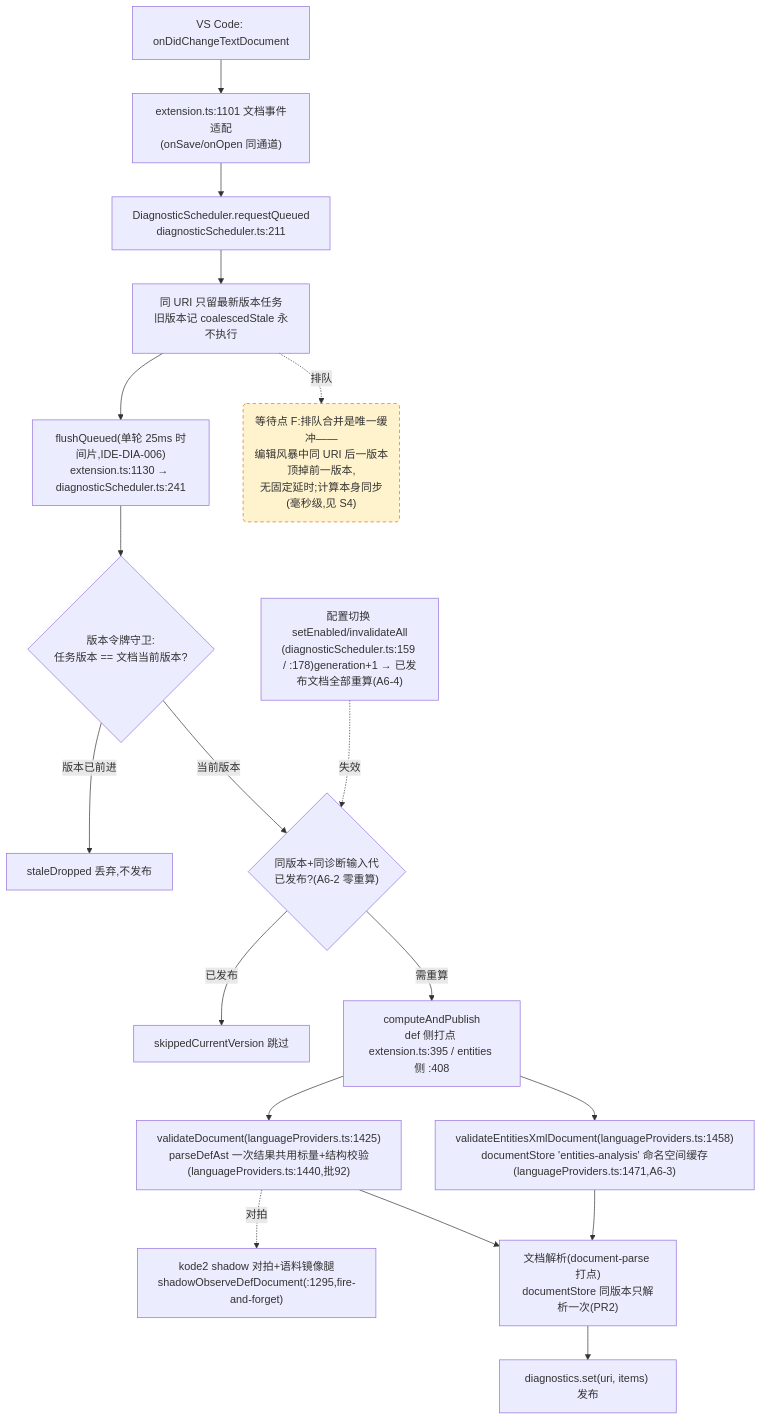
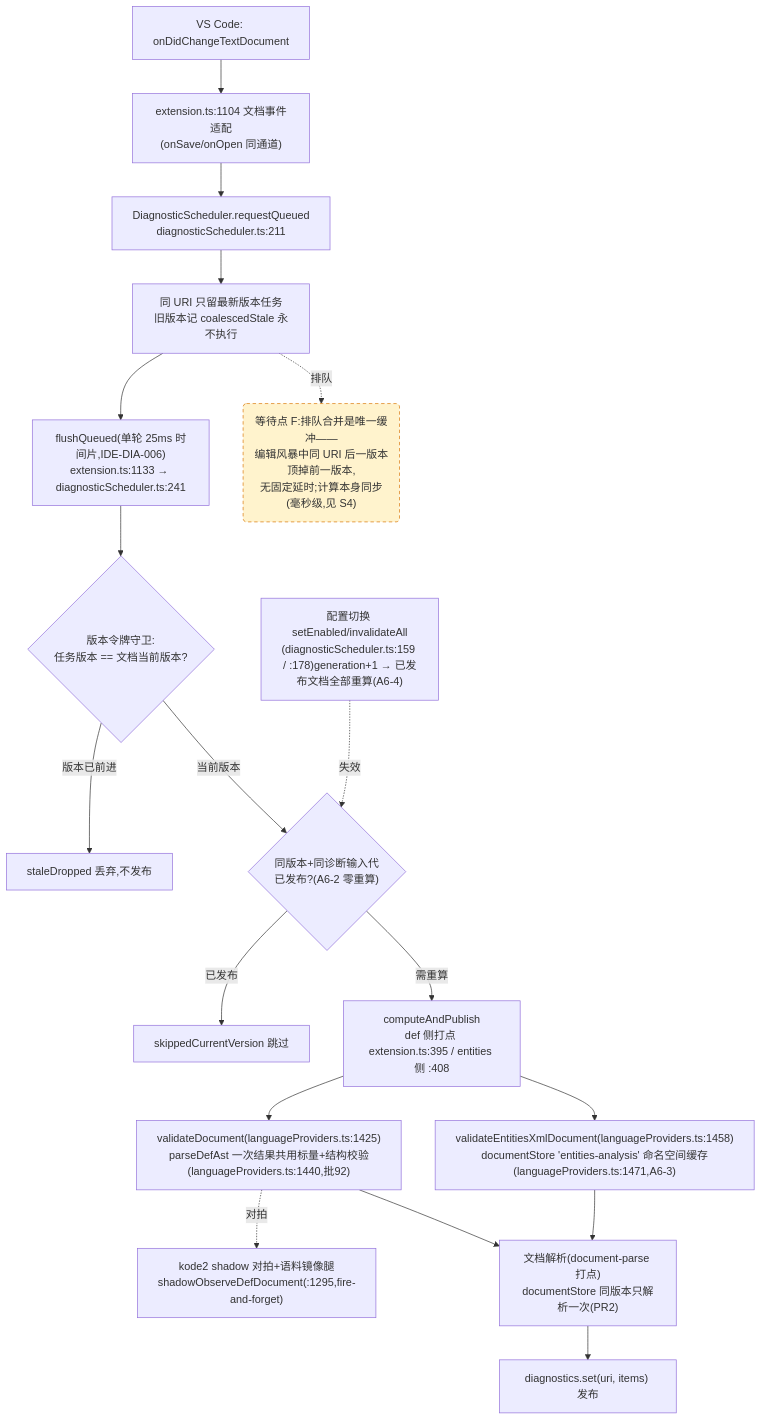
One commit to cuihairu/kode changed the fourth of 4 diagrams in docs/perf/2026-baseline.md. Above: the diagram before and after it, drawn with Mermaid. The commit also changed other lines of this file and 8 other files, not shown here.

````diff
--- a/docs/perf/2026-baseline.md
+++ b/docs/perf/2026-baseline.md
@@ -214,38 +214,38 @@
 ```mermaid
 flowchart TD
   CHG["VS Code: onDidChangeTextDocument"]
-  WATCH["extension.ts:1101 文档事件适配<br/>(onSave/onOpen 同通道)"]
+  WATCH["extension.ts:1104 文档事件适配<br/>(onSave/onOpen 同通道)"]
   RQ["DiagnosticScheduler.requestQueued<br/>diagnosticScheduler.ts:211"]
   CO["同 URI 只留最新版本任务<br/>旧版本记 coalescedStale 永不执行"]
-  FL["flushQueued(单轮 25ms 时间片,IDE-DIA-006)<br/>extension.ts:1130 → diagnosticScheduler.ts:241"]
+  FL["flushQueued(单轮 25ms 时间片,IDE-DIA-006)<br/>extension.ts:1133 → diagnosticScheduler.ts:241"]
   VG{"版本令牌守卫:<br/>任务版本 == 文档当前版本?"}
   DROP["staleDropped 丢弃,不发布"]
   GEN{"同版本+同诊断输入代<br/>已发布?(A6-2 零重算)"}
   SKIP["skippedCurrentVersion 跳过"]
   CALC["computeAndPublish<br/>def 侧打点 extension.ts:395 / entities 侧 :408"]
   VD["validateDocument(languageProviders.ts:1425)<br/>parseDefAst 一次结果共用标量+结构校验(languageProviders.ts:1440,批92)"]
   VEX["validateEntitiesXmlDocument(languageProviders.ts:1458)<br/>documentStore 'entities-analysis' 命名空间缓存(languageProviders.ts:1471,A6-3)"]
   SHDD["kode2 shadow 对拍+语料镜像腿<br/>shadowObserveDefDocument(:1295,fire-and-forget)"]
   DS["文档解析(document-parse 打点)<br/>documentStore 同版本只解析一次(PR2)"]
   PUB["diagnostics.set(uri, items) 发布"]
   CFG2["配置切换 setEnabled/invalidateAll<br/>(diagnosticScheduler.ts:159 / :178)generation+1 → 已发布文档全部重算(A6-4)"]
 
   CHG --> WATCH --> RQ --> CO --> FL --> VG
   VG -- "版本已前进" --> DROP
   VG -- "当前版本" --> GEN
   GEN -- "已发布" --> SKIP
   GEN -- "需重算" --> CALC
   CALC --> VD
   CALC --> VEX
   VD --> DS
   VEX --> DS
   DS --> PUB
   VD -.->|对拍| SHDD
   CFG2 -.->|失效| GEN
 
   WAITF("等待点 F:排队合并是唯一缓冲——<br/>编辑风暴中同 URI 后一版本顶掉前一版本,<br/>无固定延时;计算本身同步(毫秒级,见 S4)")
   CO -.->|排队| WAITF
 
   classDef waitPoint fill:#fff3cd,stroke:#d97706,stroke-dasharray:5 4;
   class WAITF waitPoint;
 ```
````
